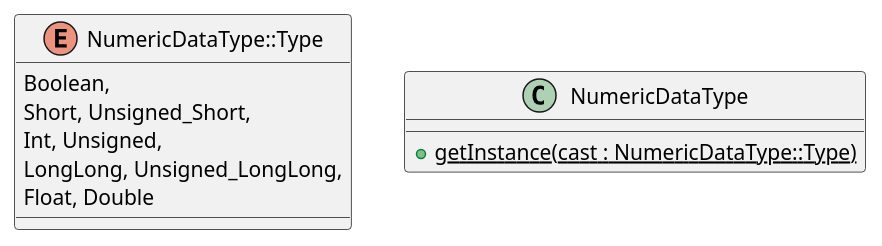
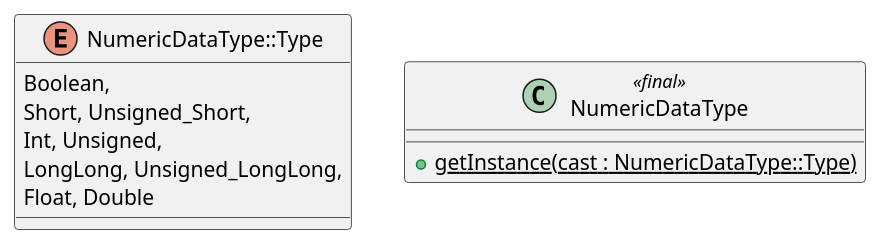
Before and after one commit to binaire10/Traducteur-Algo: the diagram in type/NumericDataType.iuml, drawn with PlantUML. The commit also changed 5 other files, not shown here.

Commit message:
update uml

```diff
--- a/type/NumericDataType.iuml
+++ b/type/NumericDataType.iuml
@@ -1,10 +1,10 @@
 enum NumericDataType::Type {
     Boolean,
     Short, Unsigned_Short,
     Int, Unsigned,
     LongLong, Unsigned_LongLong,
     Float, Double
 }
-class NumericDataType {
+class NumericDataType<<final>> {
     {static} + getInstance(cast : NumericDataType::Type)
 }
```
